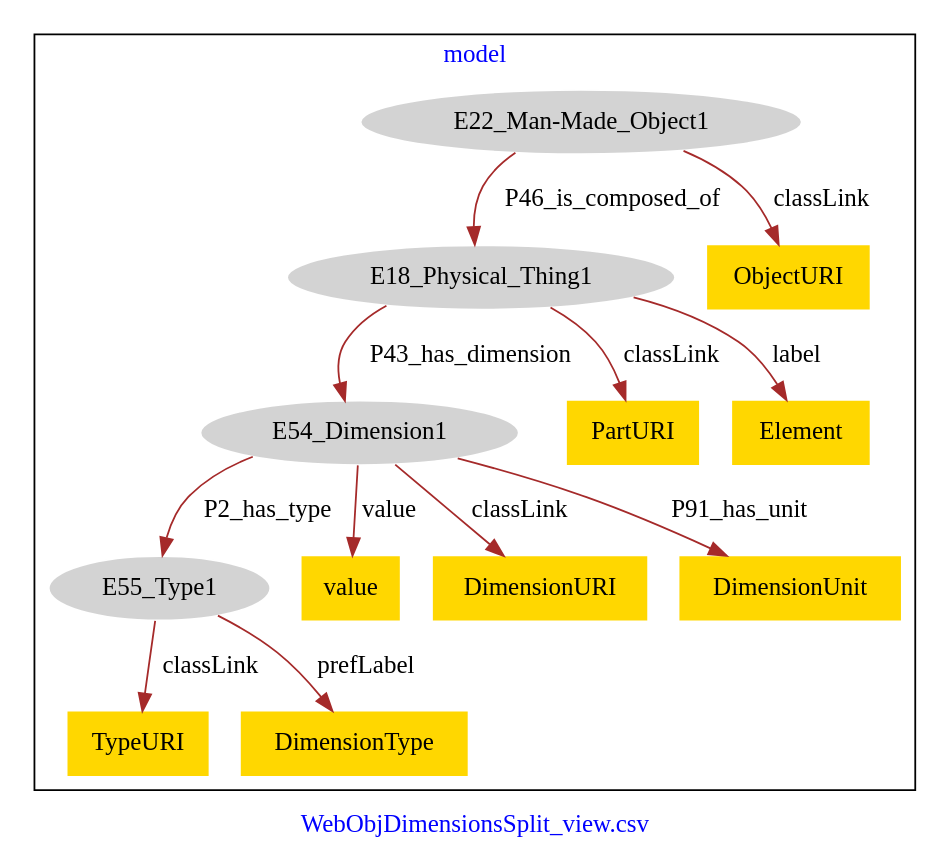
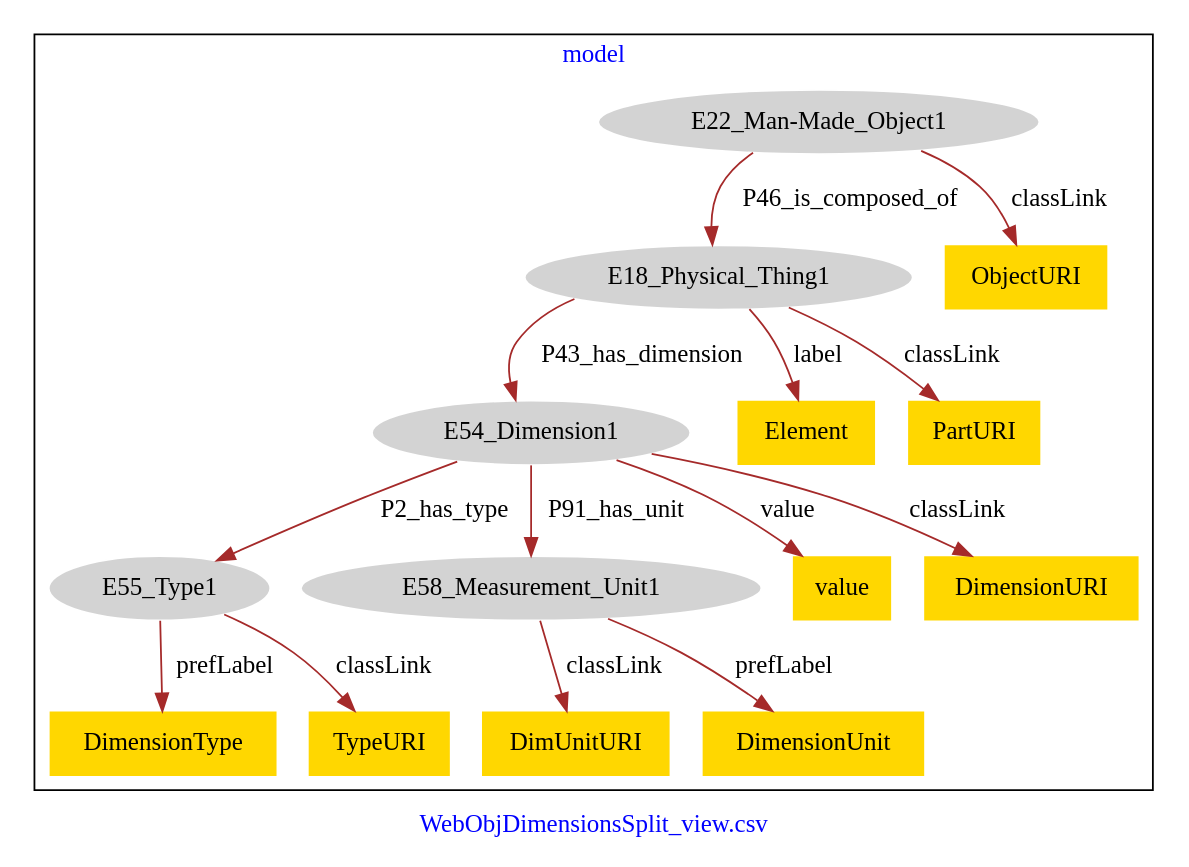
One commit to american-art/SAAM changed the diagram in WebObjDimensionsSplit_view/WebObjDimensionsSplit_view-model.dot. Above: the diagram before and after it, drawn with Graphviz.

Commit message:
Update file WebObjDimensionsSplit_view-model.dot

```diff
--- a/WebObjDimensionsSplit_view/WebObjDimensionsSplit_view-model.dot
+++ b/WebObjDimensionsSplit_view/WebObjDimensionsSplit_view-model.dot
@@ -1,31 +1,35 @@
 digraph n0 {
 fontcolor="blue"
 remincross="true"
 label="WebObjDimensionsSplit_view.csv"
 subgraph cluster {
 label="model"
 n2[style="filled",color="white",fillcolor="lightgray",label="E18_Physical_Thing1"];
 n3[style="filled",color="white",fillcolor="lightgray",label="E54_Dimension1"];
 n4[style="filled",color="white",fillcolor="lightgray",label="E22_Man-Made_Object1"];
 n5[style="filled",color="white",fillcolor="lightgray",label="E55_Type1"];
-n6[shape="plaintext",style="filled",fillcolor="gold",label="ObjectURI"];
-n7[shape="plaintext",style="filled",fillcolor="gold",label="value"];
-n8[shape="plaintext",style="filled",fillcolor="gold",label="TypeURI"];
-n9[shape="plaintext",style="filled",fillcolor="gold",label="PartURI"];
-n10[shape="plaintext",style="filled",fillcolor="gold",label="DimensionURI"];
-n11[shape="plaintext",style="filled",fillcolor="gold",label="DimensionUnit"];
-n12[shape="plaintext",style="filled",fillcolor="gold",label="Element"];
-n13[shape="plaintext",style="filled",fillcolor="gold",label="DimensionType"];
+n6[style="filled",color="white",fillcolor="lightgray",label="E58_Measurement_Unit1"];
+n7[shape="plaintext",style="filled",fillcolor="gold",label="DimUnitURI"];
+n8[shape="plaintext",style="filled",fillcolor="gold",label="value"];
+n9[shape="plaintext",style="filled",fillcolor="gold",label="DimensionUnit"];
+n10[shape="plaintext",style="filled",fillcolor="gold",label="DimensionType"];
+n11[shape="plaintext",style="filled",fillcolor="gold",label="Element"];
+n12[shape="plaintext",style="filled",fillcolor="gold",label="TypeURI"];
+n13[shape="plaintext",style="filled",fillcolor="gold",label="ObjectURI"];
+n14[shape="plaintext",style="filled",fillcolor="gold",label="PartURI"];
+n15[shape="plaintext",style="filled",fillcolor="gold",label="DimensionURI"];
 }
 n2 -> n3[color="brown",fontcolor="black",label="P43_has_dimension"]
 n4 -> n2[color="brown",fontcolor="black",label="P46_is_composed_of"]
 n3 -> n5[color="brown",fontcolor="black",label="P2_has_type"]
-n4 -> n6[color="brown",fontcolor="black",label="classLink"]
-n3 -> n7[color="brown",fontcolor="black",label="value"]
-n5 -> n8[color="brown",fontcolor="black",label="classLink"]
-n2 -> n9[color="brown",fontcolor="black",label="classLink"]
-n3 -> n10[color="brown",fontcolor="black",label="classLink"]
-n3 -> n11[color="brown",fontcolor="black",label="P91_has_unit"]
-n2 -> n12[color="brown",fontcolor="black",label="label"]
-n5 -> n13[color="brown",fontcolor="black",label="prefLabel"]
+n3 -> n6[color="brown",fontcolor="black",label="P91_has_unit"]
+n6 -> n7[color="brown",fontcolor="black",label="classLink"]
+n3 -> n8[color="brown",fontcolor="black",label="value"]
+n6 -> n9[color="brown",fontcolor="black",label="prefLabel"]
+n5 -> n10[color="brown",fontcolor="black",label="prefLabel"]
+n2 -> n11[color="brown",fontcolor="black",label="label"]
+n5 -> n12[color="brown",fontcolor="black",label="classLink"]
+n4 -> n13[color="brown",fontcolor="black",label="classLink"]
+n2 -> n14[color="brown",fontcolor="black",label="classLink"]
+n3 -> n15[color="brown",fontcolor="black",label="classLink"]
 }
```
